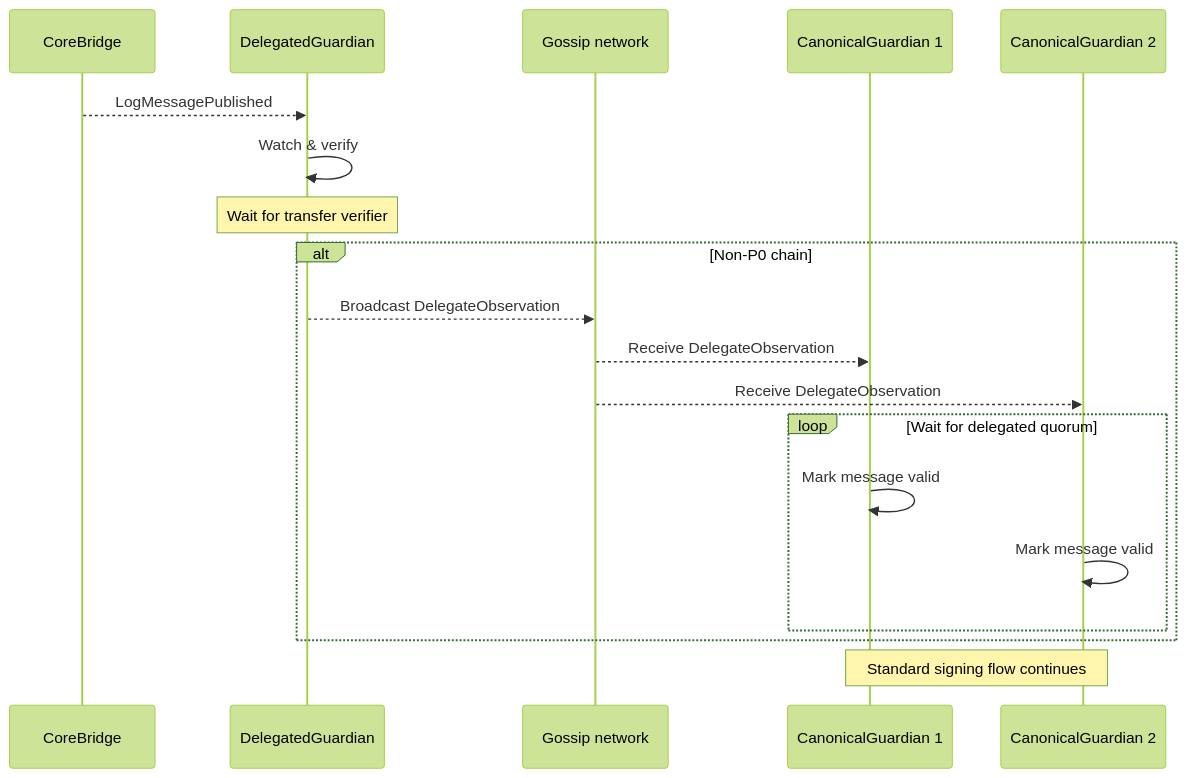
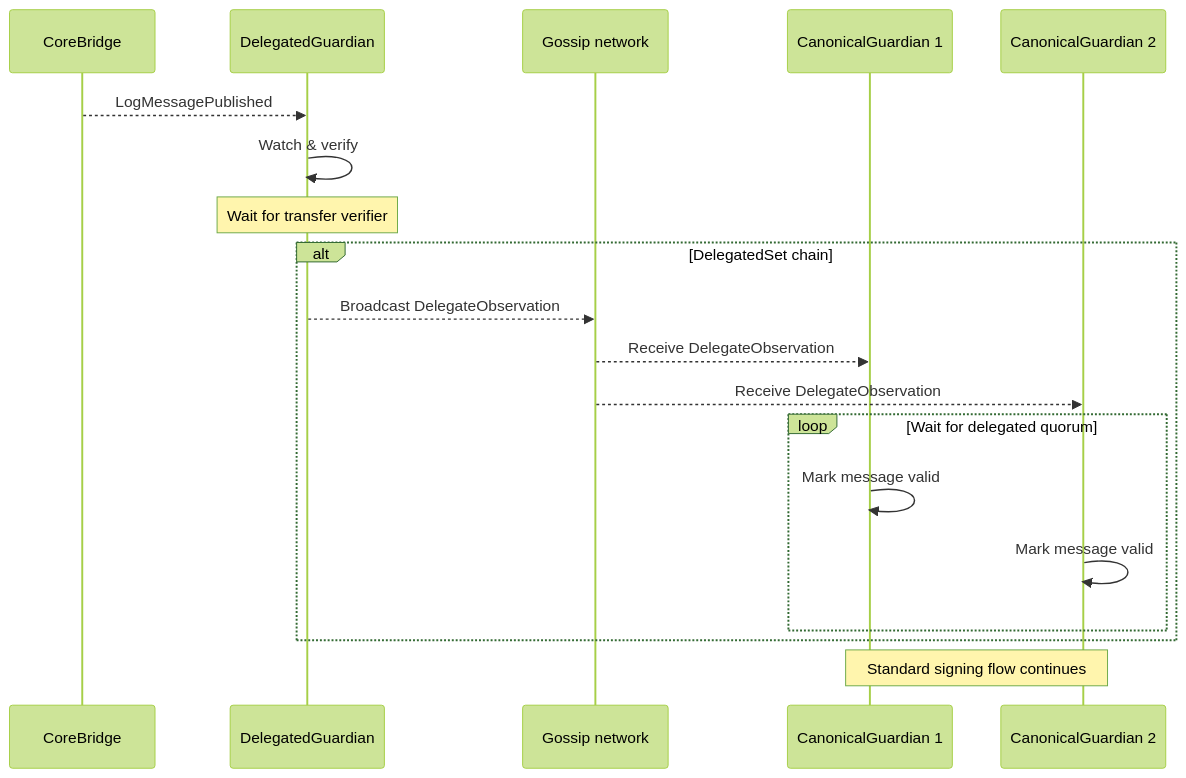
The diagram in docs/protocol/infrastructure/guardians.md (wormhole-foundation/wormhole-docs), drawn with Mermaid (forest theme) before and after one commit. The commit also changed other lines of this file and 3 other files, not shown here.

````diff
--- a/docs/protocol/infrastructure/guardians.md
+++ b/docs/protocol/infrastructure/guardians.md
@@ -47,25 +44,25 @@
 ```mermaid
 sequenceDiagram 
 
 participant CB as CoreBridge
 participant DG as DelegatedGuardian
 participant G as Gossip network
 participant CG as CanonicalGuardian 1
 participant CG2 as CanonicalGuardian 2
 
 CB-->>DG: LogMessagePublished
 DG->>DG: Watch & verify
 note over DG: Wait for transfer verifier
 
-alt Non-P0 chain
+alt DelegatedSet chain
   DG-->>G: Broadcast DelegateObservation
   G-->>CG: Receive DelegateObservation
   G-->>CG2: Receive DelegateObservation
   loop Wait for delegated quorum
     CG->>CG: Mark message valid
     CG2->>CG2: Mark message valid
   end
 end
 
 note over CG,CG2: Standard signing flow continues
 ```
````
